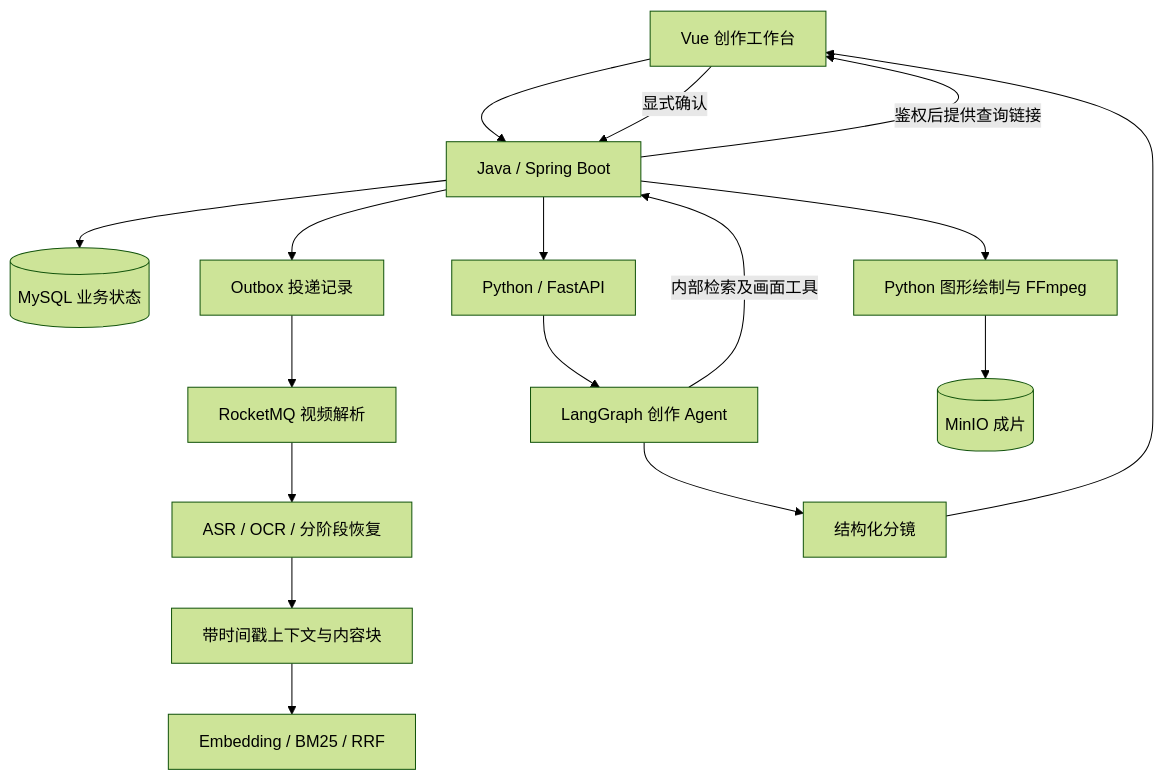
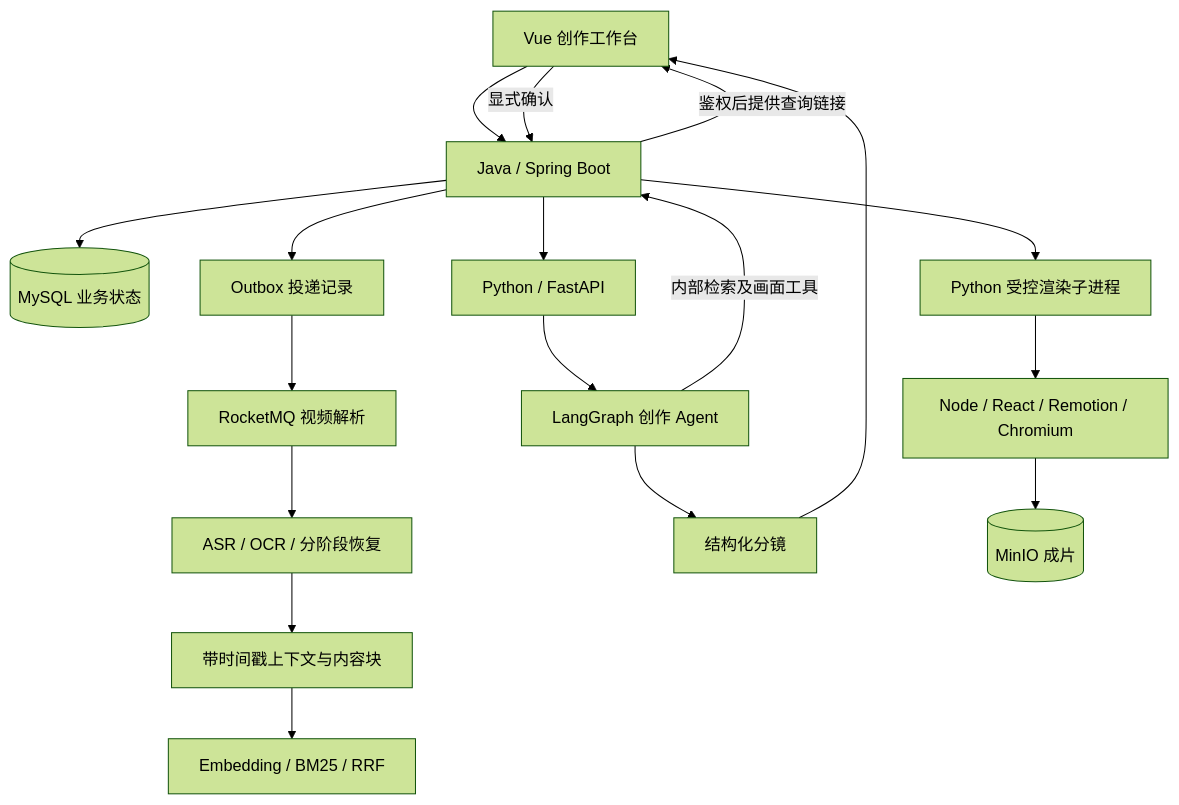
Before and after one commit to vanyony/VideoTrace: the first of 2 diagrams in docs/architecture.md, drawn with Mermaid (forest theme). The commit also changed other lines of this file and 44 other files, not shown here.

````diff
--- a/docs/architecture.md
+++ b/docs/architecture.md
@@ -7,19 +7,20 @@
 ```mermaid
 flowchart TD
     UI[Vue 创作工作台] --> J[Java / Spring Boot]
     J --> DB[(MySQL 业务状态)]
     J --> O[Outbox 投递记录]
     O --> MQ[RocketMQ 视频解析]
     MQ --> P[ASR / OCR / 分阶段恢复]
     P --> E[带时间戳上下文与内容块]
     E --> V[Embedding / BM25 / RRF]
     J --> PY[Python / FastAPI]
     PY --> G[LangGraph 创作 Agent]
     G -->|内部检索及画面工具| J
     G --> S[结构化分镜]
     S --> UI
     UI -->|显式确认| J
-    J --> R[Python 图形绘制与 FFmpeg]
-    R --> M[(MinIO 成片)]
+    J --> R[Python 受控渲染子进程]
+    R --> RC[Node / React / Remotion / Chromium]
+    RC --> M[(MinIO 成片)]
     J -->|鉴权后提供查询链接| UI
 ```
````
